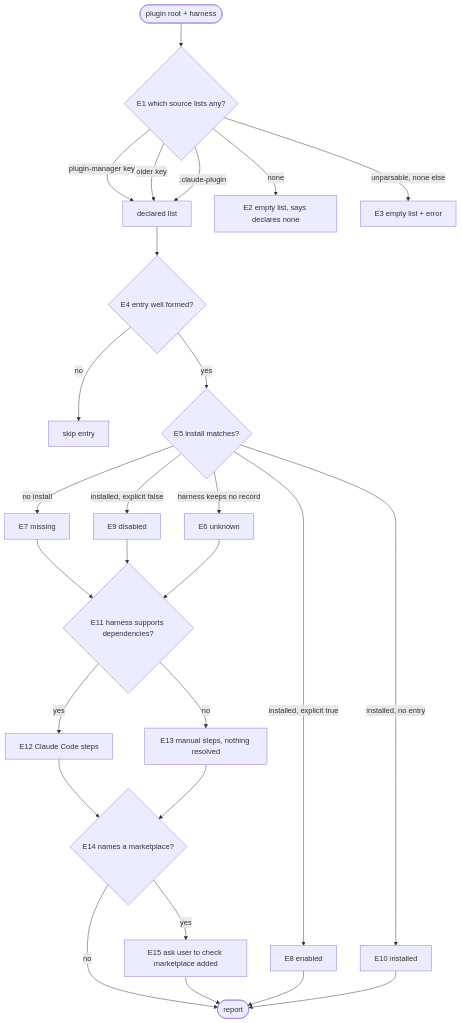
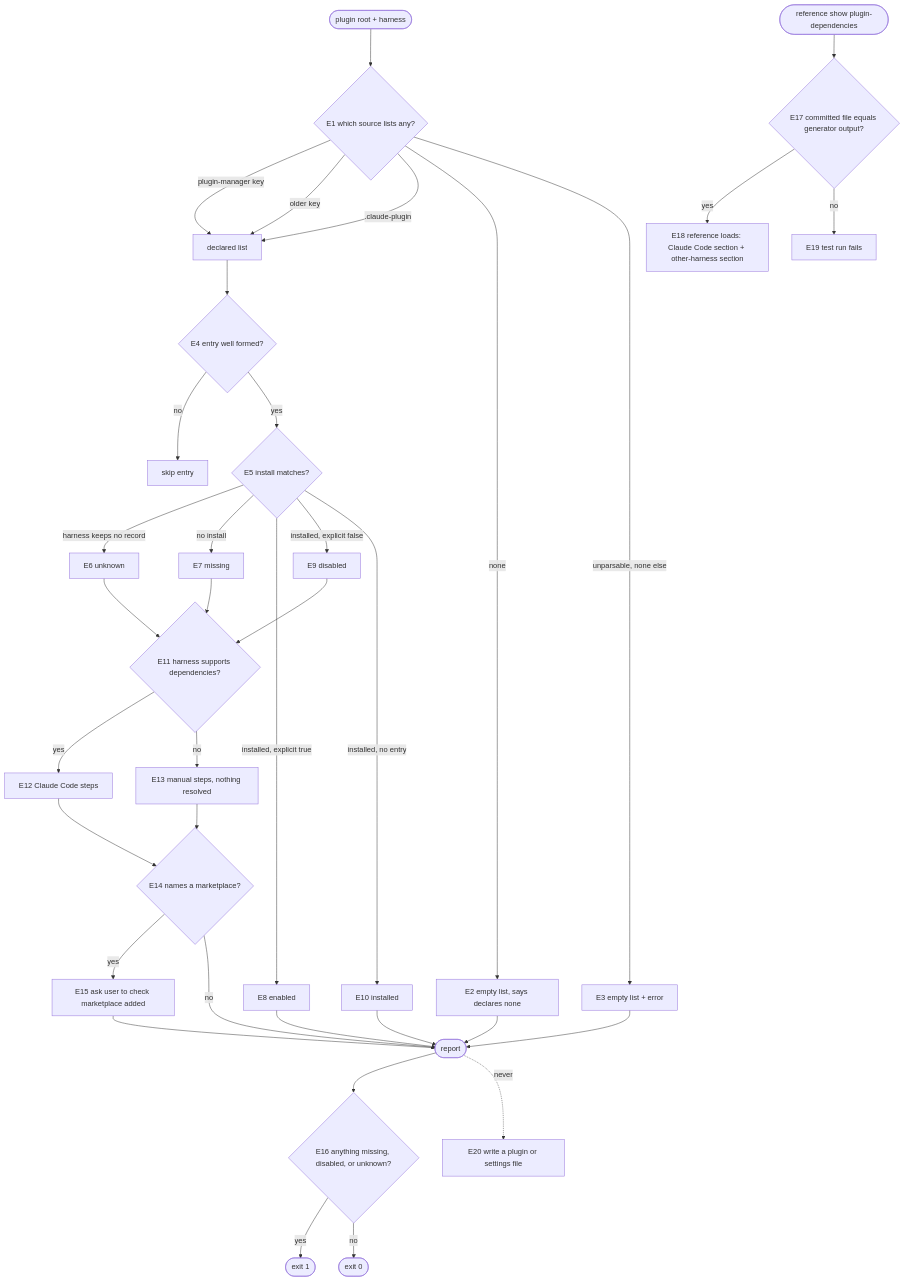
Before and after one commit to cyber-uni/cyber-agentkit: the diagram in packages/agent-harness/.agents/spec/dependencies/README.md, drawn with Mermaid. The commit also changed other lines of this file and 1 other file, not shown here.

Commit message:
docs: tie every dependencies extension and scenario edge to the CFG

````diff
--- a/packages/agent-harness/.agents/spec/dependencies/README.md
+++ b/packages/agent-harness/.agents/spec/dependencies/README.md
@@ -84,29 +84,38 @@
 ```mermaid
 flowchart TD
   start([plugin root + harness]) --> read{E1 which source lists any?}
   read -->|plugin-manager key| list[declared list]
   read -->|older key| list
   read -->|.claude-plugin| list
   read -->|none| none[E2 empty list, says declares none]
   read -->|unparsable, none else| err[E3 empty list + error]
   list --> entry{E4 entry well formed?}
   entry -->|no| skip[skip entry]
   entry -->|yes| match{E5 install matches?}
   match -->|harness keeps no record| unknown[E6 unknown]
   match -->|no install| missing[E7 missing]
   match -->|installed, explicit true| enabled[E8 enabled]
   match -->|installed, explicit false| disabled[E9 disabled]
   match -->|installed, no entry| installed[E10 installed]
   missing --> sup{E11 harness supports dependencies?}
   disabled --> sup
   unknown --> sup
   sup -->|yes| cc[E12 Claude Code steps]
   sup -->|no| manual[E13 manual steps, nothing resolved]
   cc --> mk{E14 names a marketplace?}
   manual --> mk
   mk -->|yes| ask[E15 ask user to check marketplace added]
   mk -->|no| done([report])
   ask --> done
   enabled --> done
   installed --> done
+  none --> done
+  err --> done
+  done --> out{E16 anything missing, disabled, or unknown?}
+  out -->|yes| exit1([exit 1])
+  out -->|no| exit0([exit 0])
+  done -.->|never| write[E20 write a plugin or settings file]
+  ref([reference show plugin-dependencies]) --> gen{E17 committed file equals generator output?}
+  gen -->|yes| load[E18 reference loads: Claude Code section + other-harness section]
+  gen -->|no| stale[E19 test run fails]
 ```
````
